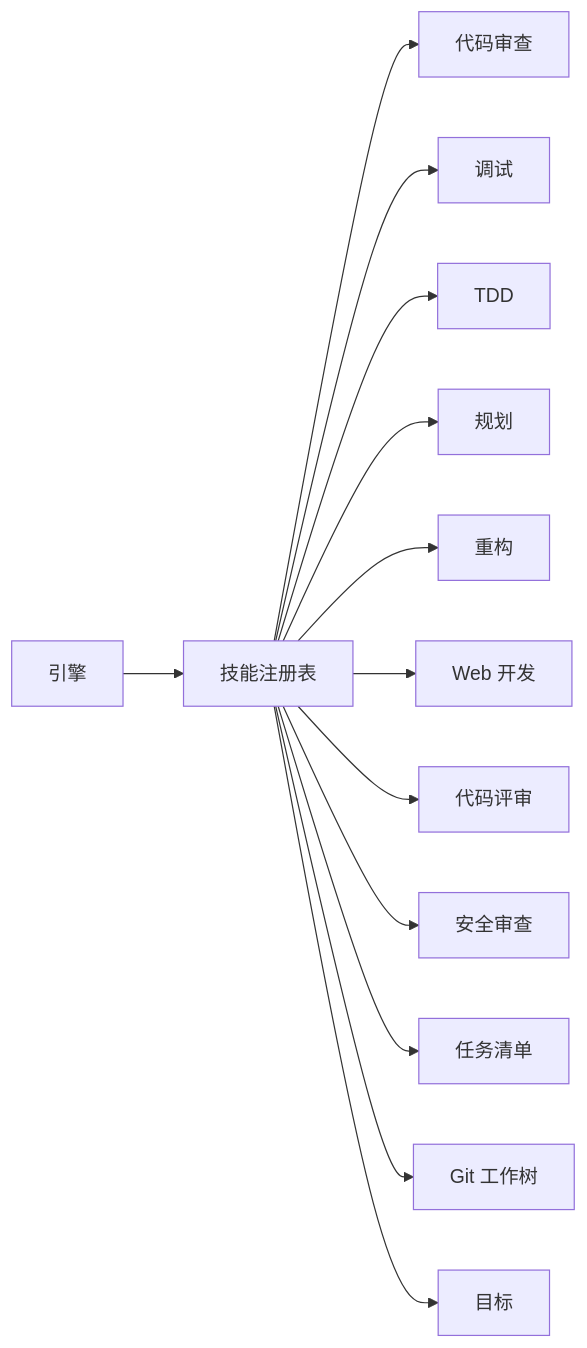
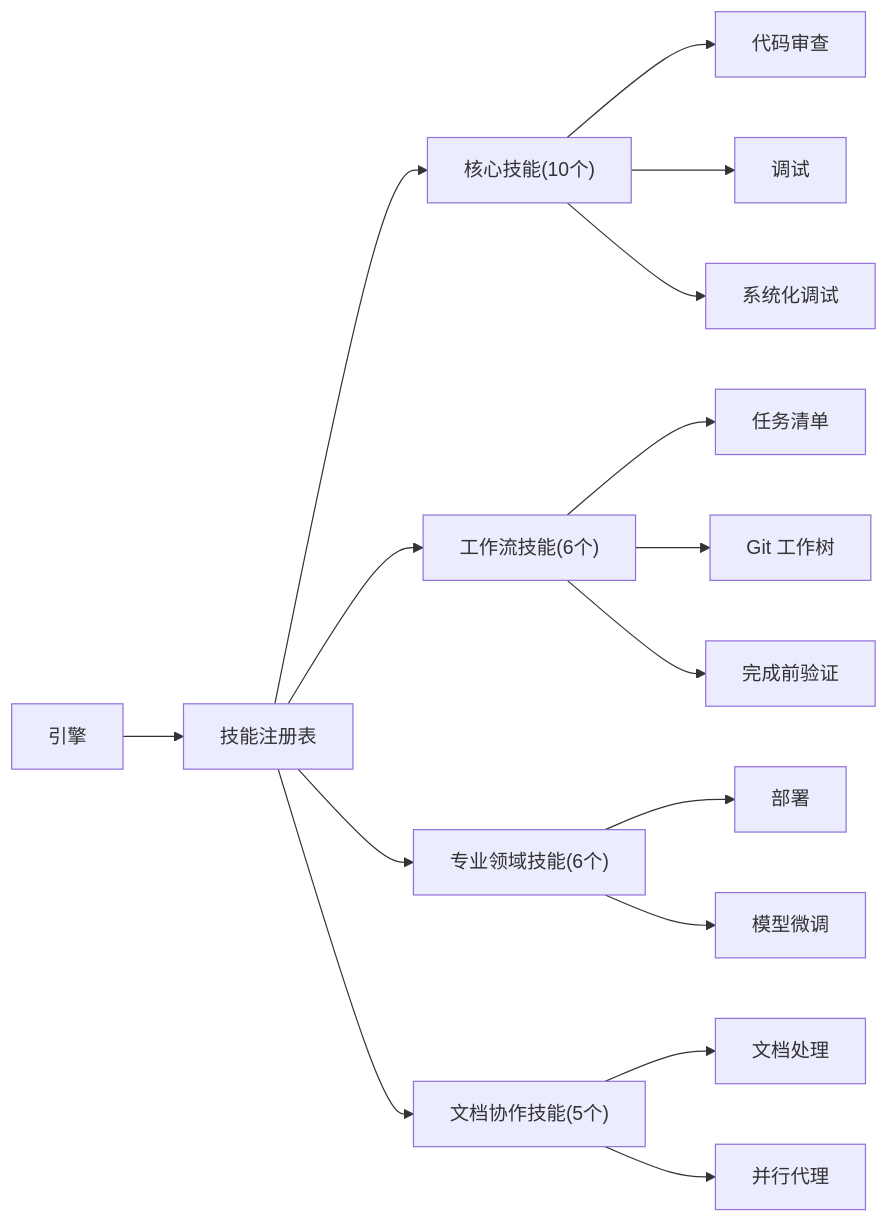
One commit to kkutysllb/KCoder changed the third of 3 diagrams in .qoder/repowiki/zh/content/项目概述/核心特性/技能系统/内置技能详解.md. Above: the diagram before and after it, drawn with Mermaid. The commit also changed other lines of this file and 5 other files, not shown here.

Commit message:
引擎加载：73/73 技能全部成功（参考目录 59 项 100% 覆盖，另保留我们原有 14 项特色技能） 前端 tsc --noEmit 零错误 coding 工作模式的 defaultSkillIds 中引用的 systematic-debugging、test-driven-development、using-git-worktrees、verification-before-completion、using-superpowers 等 ID 现在都能正确解析

````diff
--- a/.qoder/repowiki/zh/content/项目概述/核心特性/技能系统/内置技能详解.md
+++ b/.qoder/repowiki/zh/content/项目概述/核心特性/技能系统/内置技能详解.md
@@ -498,15 +494,18 @@
 ```mermaid
 graph LR
 Engine["引擎"] --> Registry["技能注册表"]
-Registry --> CodeReview["代码审查"]
-Registry --> Debugging["调试"]
-Registry --> TDD["TDD"]
-Registry --> Planning["规划"]
-Registry --> Refactoring["重构"]
-Registry --> Web["Web 开发"]
-Registry --> Review["代码评审"]
-Registry --> SecurityReview["安全审查"]
-Registry --> Todo["任务清单"]
-Registry --> GitWorktrees["Git 工作树"]
-Registry --> Goal["目标"]
+Registry --> CoreSkills["核心技能(10个)"]
+Registry --> WorkflowSkills["工作流技能(6个)"]
+Registry --> DomainSkills["专业领域技能(6个)"]
+Registry --> DocCollabSkills["文档协作技能(5个)"]
+CoreSkills --> CodeReview["代码审查"]
+CoreSkills --> Debugging["调试"]
+CoreSkills --> SystematicDebugging["系统化调试"]
+WorkflowSkills --> Todo["任务清单"]
+WorkflowSkills --> GitWorktrees["Git 工作树"]
+WorkflowSkills --> Verification["完成前验证"]
+DomainSkills --> Deploy["部署"]
+DomainSkills --> Finetuning["模型微调"]
+DocCollabSkills --> DocProcessing["文档处理"]
+DocCollabSkills --> ParallelAgents["并行代理"]
 ```
````
